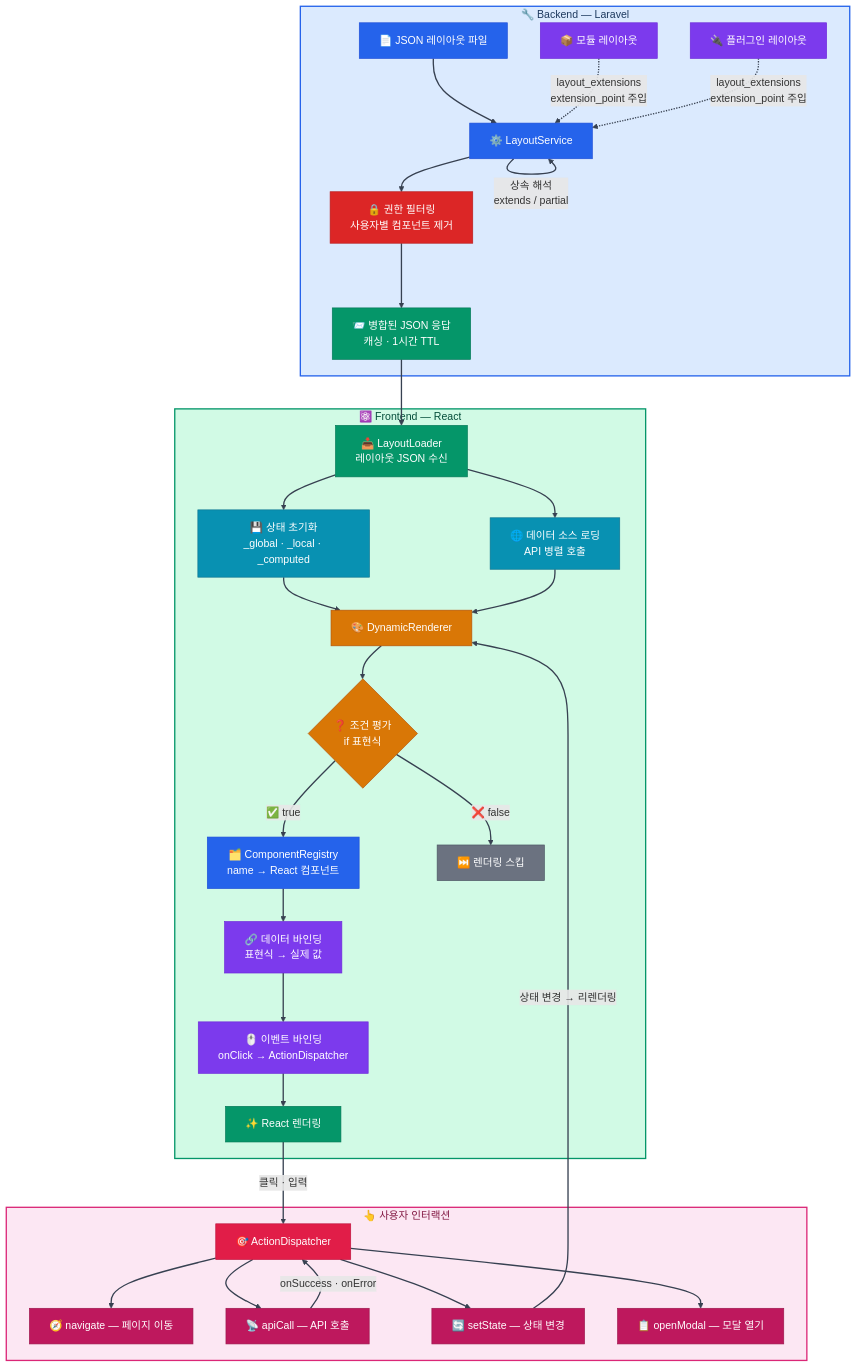
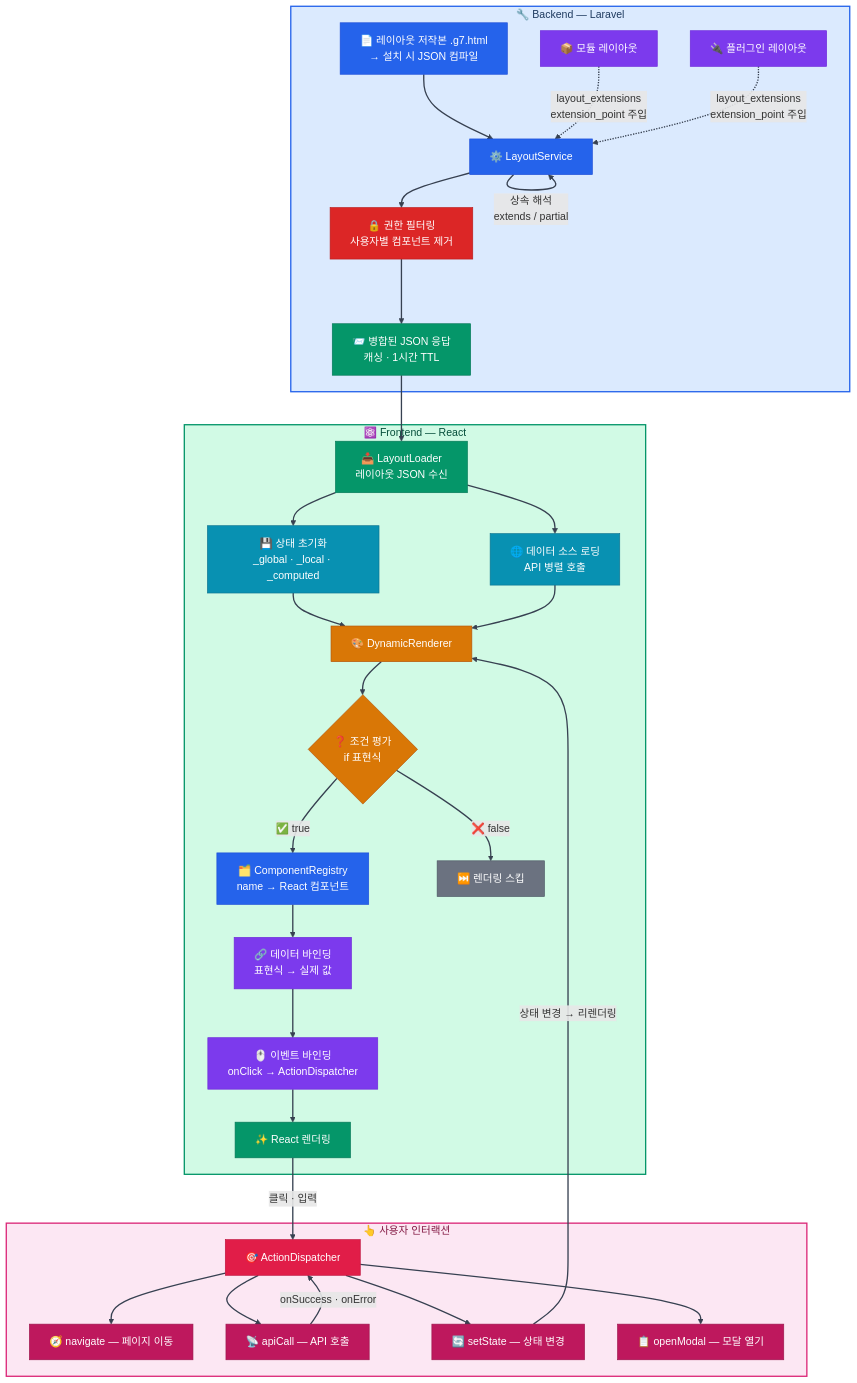
Before and after one commit to gnuboard/g7: the diagram in README.md, drawn with Mermaid. The commit also changed other lines of this file and 331 other files, not shown here.

First line of the commit message:
feat(layout-markup): S17 DX 마감 종결 — .g7.html 저작 SSoT 정합 + 종료 판정기 상주

````diff
--- a/README.md
+++ b/README.md
@@ -115,66 +115,66 @@
 ```mermaid
 flowchart TB
     subgraph Backend ["🔧 Backend — Laravel"]
-        A["📄 JSON 레이아웃 파일"] --> B["⚙️ LayoutService"]
+        A["📄 레이아웃 저작본 .g7.html<br/>→ 설치 시 JSON 컴파일"] --> B["⚙️ LayoutService"]
         B --> |"상속 해석<br/>extends / partial"| B
         M["📦 모듈 레이아웃"] -.-> |"layout_extensions<br/>extension_point 주입"| B
         P["🔌 플러그인 레이아웃"] -.-> |"layout_extensions<br/>extension_point 주입"| B
         B --> C["🔒 권한 필터링<br/>사용자별 컴포넌트 제거"]
         C --> D["📨 병합된 JSON 응답<br/>캐싱 · 1시간 TTL"]
     end
 
     subgraph Frontend ["⚛️ Frontend — React"]
         D --> E["📥 LayoutLoader<br/>레이아웃 JSON 수신"]
         E --> F["💾 상태 초기화<br/>_global · _local · _computed"]
         E --> G["🌐 데이터 소스 로딩<br/>API 병렬 호출"]
         F & G --> H["🎨 DynamicRenderer"]
 
         H --> I{"❓ 조건 평가<br/>if 표현식"}
         I --> |"✅ true"| J["🗂️ ComponentRegistry<br/>name → React 컴포넌트"]
         I --> |"❌ false"| K["⏭️ 렌더링 스킵"]
 
         J --> L["🔗 데이터 바인딩<br/>표현식 → 실제 값"]
         L --> N["🖱️ 이벤트 바인딩<br/>onClick → ActionDispatcher"]
         N --> O["✨ React 렌더링"]
     end
 
     subgraph Actions ["👆 사용자 인터랙션"]
         O --> |"클릭 · 입력"| Q["🎯 ActionDispatcher"]
         Q --> R["🧭 navigate — 페이지 이동"]
         Q --> S["📡 apiCall — API 호출"]
         Q --> T["🔄 setState — 상태 변경"]
         Q --> U["📋 openModal — 모달 열기"]
         S --> |"onSuccess · onError"| Q
         T --> |"상태 변경 → 리렌더링"| H
     end
 
     style Backend fill:#dbeafe,stroke:#2563eb,stroke-width:2px,color:#1e3a5f
     style Frontend fill:#d1fae5,stroke:#059669,stroke-width:2px,color:#064e3b
     style Actions fill:#fce7f3,stroke:#db2777,stroke-width:2px,color:#831843
 
     style A fill:#2563eb,stroke:#1d4ed8,color:#fff
     style B fill:#2563eb,stroke:#1d4ed8,color:#fff
     style M fill:#7c3aed,stroke:#6d28d9,color:#fff
     style P fill:#7c3aed,stroke:#6d28d9,color:#fff
     style C fill:#dc2626,stroke:#b91c1c,color:#fff
     style D fill:#059669,stroke:#047857,color:#fff
 
     style E fill:#059669,stroke:#047857,color:#fff
     style F fill:#0891b2,stroke:#0e7490,color:#fff
     style G fill:#0891b2,stroke:#0e7490,color:#fff
     style H fill:#d97706,stroke:#b45309,color:#fff
     style I fill:#d97706,stroke:#b45309,color:#fff
     style J fill:#2563eb,stroke:#1d4ed8,color:#fff
     style K fill:#6b7280,stroke:#4b5563,color:#fff
     style L fill:#7c3aed,stroke:#6d28d9,color:#fff
     style N fill:#7c3aed,stroke:#6d28d9,color:#fff
     style O fill:#059669,stroke:#047857,color:#fff
 
     style Q fill:#e11d48,stroke:#be123c,color:#fff
     style R fill:#be185d,stroke:#9d174d,color:#fff
     style S fill:#be185d,stroke:#9d174d,color:#fff
     style T fill:#be185d,stroke:#9d174d,color:#fff
     style U fill:#be185d,stroke:#9d174d,color:#fff
 
     linkStyle default stroke:#374151,stroke-width:2px
 ```
````
